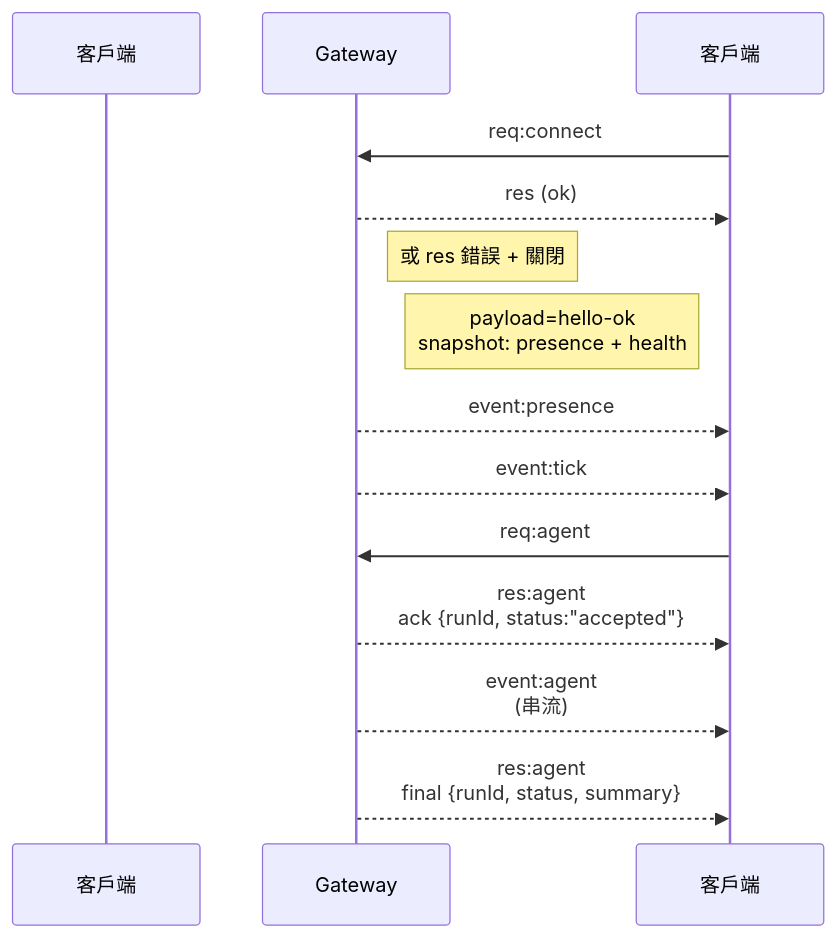
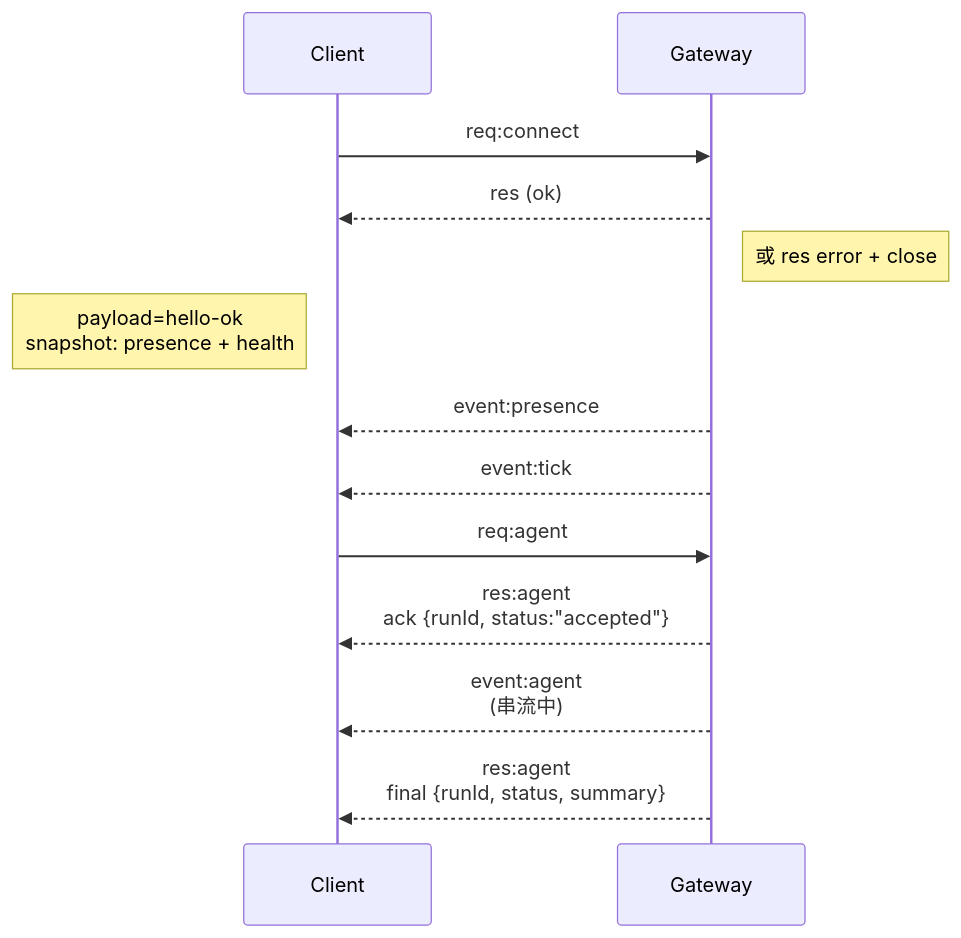
Before and after one commit to openclaw/openclaw: the diagram in docs/zh-TW/concepts/architecture.md, drawn with Mermaid. The commit also changed other lines of this file and 321 other files, not shown here.

````diff
--- a/docs/zh-TW/concepts/architecture.md
+++ b/docs/zh-TW/concepts/architecture.md
@@ -52,18 +52,18 @@
 ```mermaid
 sequenceDiagram
-    participant Client as 客戶端
-    participant Gateway as Gateway
+    participant Client
+    participant Gateway
 
-    客戶端->>Gateway: req:connect
-    Gateway-->>客戶端: res (ok)
-    Note right of Gateway: 或 res 錯誤 + 關閉
-    Note left of 客戶端: payload=hello-ok<br>snapshot: presence + health
+    Client->>Gateway: req:connect
+    Gateway-->>Client: res (ok)
+    Note right of Gateway: 或 res error + close
+    Note left of Client: payload=hello-ok<br>snapshot: presence + health
 
-    Gateway-->>客戶端: event:presence
-    Gateway-->>客戶端: event:tick
+    Gateway-->>Client: event:presence
+    Gateway-->>Client: event:tick
 
-    客戶端->>Gateway: req:agent
-    Gateway-->>客戶端: res:agent<br>ack {runId, status:"accepted"}
-    Gateway-->>客戶端: event:agent<br>(串流)
-    Gateway-->>客戶端: res:agent<br>final {runId, status, summary}
+    Client->>Gateway: req:agent
+    Gateway-->>Client: res:agent<br>ack {runId, status:"accepted"}
+    Gateway-->>Client: event:agent<br>(串流中)
+    Gateway-->>Client: res:agent<br>final {runId, status, summary}
 ```
````
